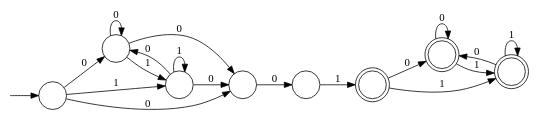
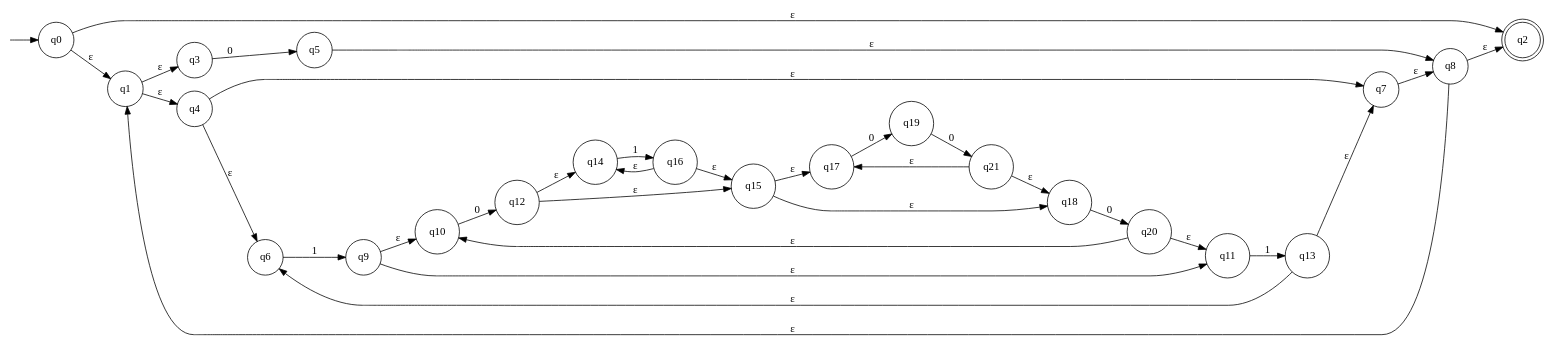
Before and after one commit to water-mizuu/finite_automata_conversion: the diagram in nfa_e.dot, drawn with Graphviz. The commit also changed 8 other files, not shown here.

```diff
--- a/nfa_e.dot
+++ b/nfa_e.dot
@@ -1,30 +1,59 @@
 digraph G {
   rankdir=LR;
   n__ [label="" shape=none width=.0];
-  0 [shape=circle label=""]
-  1 [shape=circle label=""]
-  2 [shape=circle label=""]
-  3 [shape=circle label=""]
-  4 [shape=circle label=""]
-  5 [shape=doublecircle label=""]
-  6 [shape=doublecircle label=""]
-  7 [shape=doublecircle label=""]
+  0 [shape=circle label="q0"]
+  1 [shape=doublecircle label="q2"]
+  2 [shape=circle label="q1"]
+  3 [shape=circle label="q8"]
+  4 [shape=circle label="q3"]
+  5 [shape=circle label="q5"]
+  6 [shape=circle label="q4"]
+  7 [shape=circle label="q7"]
+  8 [shape=circle label="q6"]
+  10 [shape=circle label="q9"]
+  12 [shape=circle label="q10"]
+  14 [shape=circle label="q12"]
+  16 [shape=circle label="q14"]
+  17 [shape=circle label="q16"]
+  18 [shape=circle label="q15"]
+  20 [shape=circle label="q17"]
+  22 [shape=circle label="q19"]
+  23 [shape=circle label="q21"]
+  24 [shape=circle label="q18"]
+  25 [shape=circle label="q20"]
+  26 [shape=circle label="q11"]
+  27 [shape=circle label="q13"]
   n__ -> 0;
-  0 -> 1 [label="0"]
-  0 -> 3 [label="0"]
-  0 -> 2 [label="1"]
-  1 -> 1 [label="0"]
-  1 -> 3 [label="0"]
-  1 -> 2 [label="1"]
-  2 -> 1 [label="0"]
-  2 -> 3 [label="0"]
-  2 -> 2 [label="1"]
-  3 -> 4 [label="0"]
-  4 -> 5 [label="1"]
-  5 -> 6 [label="0"]
-  5 -> 7 [label="1"]
-  6 -> 6 [label="0"]
-  6 -> 7 [label="1"]
-  7 -> 6 [label="0"]
-  7 -> 7 [label="1"]
+  4 -> 5 [label="0"]
+  8 -> 10 [label="1"]
+  12 -> 14 [label="0"]
+  16 -> 17 [label="1"]
+  14 -> 16 [label="ε"]
+  14 -> 18 [label="ε"]
+  17 -> 16 [label="ε"]
+  17 -> 18 [label="ε"]
+  20 -> 22 [label="0"]
+  22 -> 23 [label="0"]
+  18 -> 20 [label="ε"]
+  18 -> 24 [label="ε"]
+  23 -> 20 [label="ε"]
+  23 -> 24 [label="ε"]
+  24 -> 25 [label="0"]
+  10 -> 12 [label="ε"]
+  10 -> 26 [label="ε"]
+  25 -> 12 [label="ε"]
+  25 -> 26 [label="ε"]
+  26 -> 27 [label="1"]
+  6 -> 8 [label="ε"]
+  6 -> 7 [label="ε"]
+  27 -> 8 [label="ε"]
+  27 -> 7 [label="ε"]
+  2 -> 4 [label="ε"]
+  2 -> 6 [label="ε"]
+  5 -> 3 [label="ε"]
+  7 -> 3 [label="ε"]
+  0 -> 2 [label="ε"]
+  0 -> 1 [label="ε"]
+  3 -> 2 [label="ε"]
+  3 -> 1 [label="ε"]
 }
```
